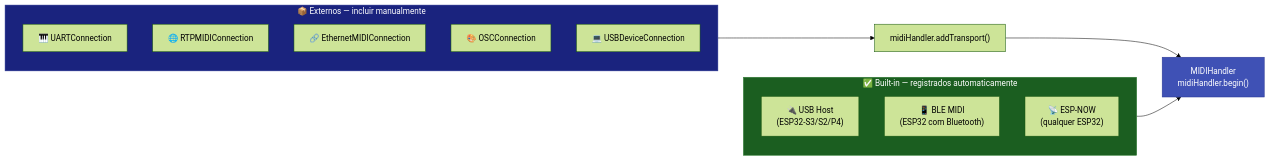
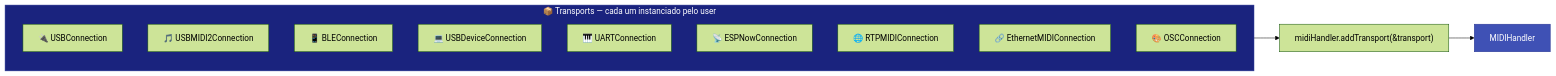
Before and after one commit to sauloverissimo/ESP32_Host_MIDI: the first of 2 diagrams in docs/transportes/visao-geral.md, drawn with Mermaid (forest theme). The commit also changed other lines of this file and 18 other files, not shown here.

````diff
--- a/docs/transportes/visao-geral.md
+++ b/docs/transportes/visao-geral.md
@@ -25,24 +25,20 @@
 ```mermaid
 graph LR
-    subgraph BUILTIN["✅ Built-in — registrados automaticamente"]
-        USB["🔌 USB Host\n(ESP32-S3/S2/P4)"]
-        BLE["📱 BLE MIDI\n(ESP32 com Bluetooth)"]
-        ESPNOW["📡 ESP-NOW\n(qualquer ESP32)"]
-    end
-
-    subgraph EXTERNAL["📦 Externos — incluir manualmente"]
+    subgraph TRANSPORTS["📦 Transports — cada um instanciado pelo user"]
+        USB["🔌 USBConnection"]
+        USB2["🎵 USBMIDI2Connection"]
+        BLE["📱 BLEConnection"]
+        USBDEV["💻 USBDeviceConnection"]
         UART["🎹 UARTConnection"]
+        ESPNOW["📡 ESPNowConnection"]
         RTP["🌐 RTPMIDIConnection"]
         ETH["🔗 EthernetMIDIConnection"]
         OSC["🎨 OSCConnection"]
-        USBDEV["💻 USBDeviceConnection"]
     end
 
-    BUILTIN --> HANDLER["MIDIHandler\nmidiHandler.begin()"]
-    EXTERNAL --> ADD["midiHandler.addTransport()"]
-    ADD --> HANDLER
+    TRANSPORTS --> ADD["midiHandler.addTransport(&transport)"]
+    ADD --> HANDLER["MIDIHandler"]
 
-    style BUILTIN fill:#1B5E20,color:#fff,stroke:#2E7D32
-    style EXTERNAL fill:#1A237E,color:#fff,stroke:#283593
+    style TRANSPORTS fill:#1A237E,color:#fff,stroke:#283593
     style HANDLER fill:#3F51B5,color:#fff,stroke:#283593
 ```
````
